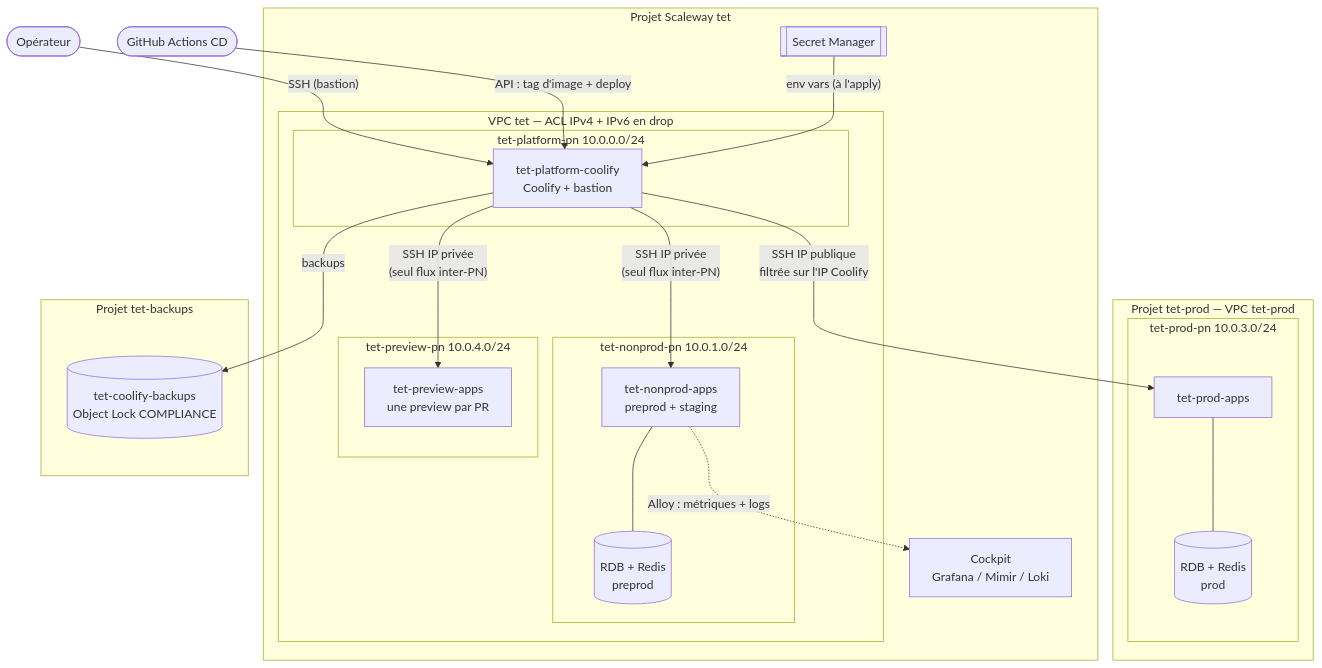
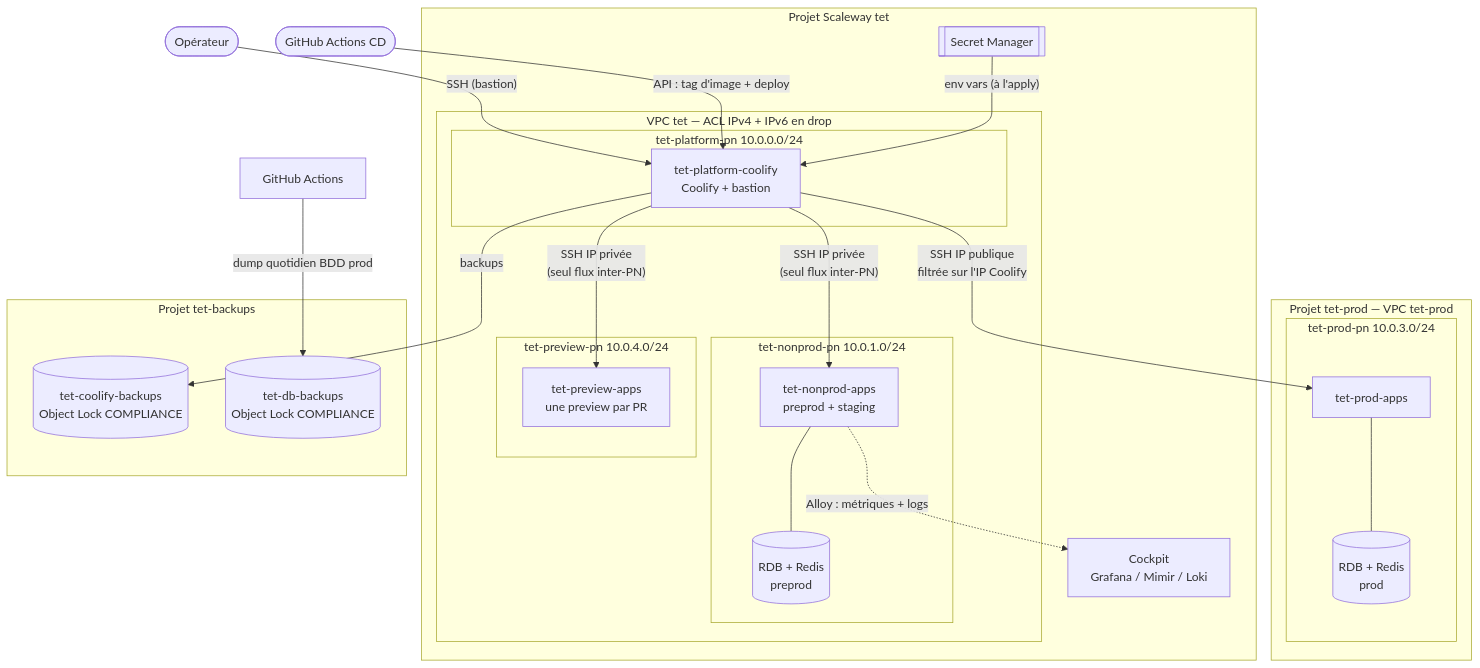
Before and after one commit to incubateur-ademe/territoires-en-transitions: the first of 2 diagrams in infra/README.md, drawn with Mermaid. The commit also changed other lines of this file and 4 other files, not shown here.

First line of the commit message:
chore(infra): bucket Scaleway tet-db-backups pour les dumps quotidiens de la BDD de prod

````diff
--- a/infra/README.md
+++ b/infra/README.md
@@ -16,41 +16,43 @@
 ```mermaid
 flowchart TB
   ops([Opérateur]) -- "SSH (bastion)" --> coolify
   cd([GitHub Actions CD]) -- "API : tag d'image + deploy" --> coolify
 
   subgraph main["Projet Scaleway tet"]
     subgraph vpc["VPC tet — ACL IPv4 + IPv6 en drop"]
       subgraph ppn["tet-platform-pn 10.0.0.0/24"]
         coolify["tet-platform-coolify<br/>Coolify + bastion"]
       end
       subgraph npn["tet-nonprod-pn 10.0.1.0/24"]
         nonprod["tet-nonprod-apps<br/>preprod + staging"]
         nrdb[(RDB + Redis<br/>preprod)]
       end
       subgraph vpn["tet-preview-pn 10.0.4.0/24"]
         preview["tet-preview-apps<br/>une preview par PR"]
       end
     end
     sm[[Secret Manager]]
     cockpit[Cockpit<br/>Grafana / Mimir / Loki]
   end
 
   subgraph prodp["Projet tet-prod — VPC tet-prod"]
     subgraph prodpn["tet-prod-pn 10.0.3.0/24"]
       prod["tet-prod-apps"]
       prdb[(RDB + Redis<br/>prod)]
     end
   end
 
   subgraph bk["Projet tet-backups"]
     bucket[(tet-coolify-backups<br/>Object Lock COMPLIANCE)]
+    dbbucket[(tet-db-backups<br/>Object Lock COMPLIANCE)]
   end
 
   coolify -- "SSH IP privée<br/>(seul flux inter-PN)" --> nonprod & preview
   coolify -- "SSH IP publique<br/>filtrée sur l'IP Coolify" --> prod
   sm -- "env vars (à l'apply)" --> coolify
   coolify -- "backups" --> bucket
+  gha["GitHub Actions"] -- "dump quotidien BDD prod" --> dbbucket
   nonprod --- nrdb
   prod --- prdb
   nonprod -. "Alloy : métriques + logs" .-> cockpit
 ```
````
